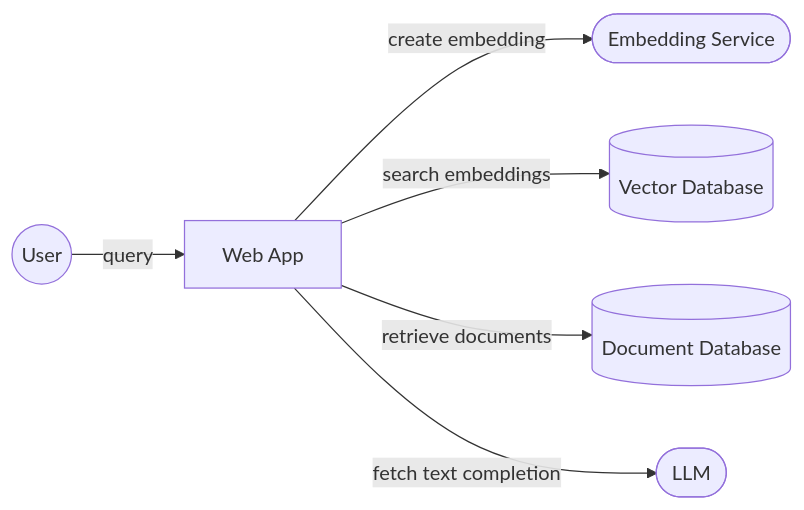
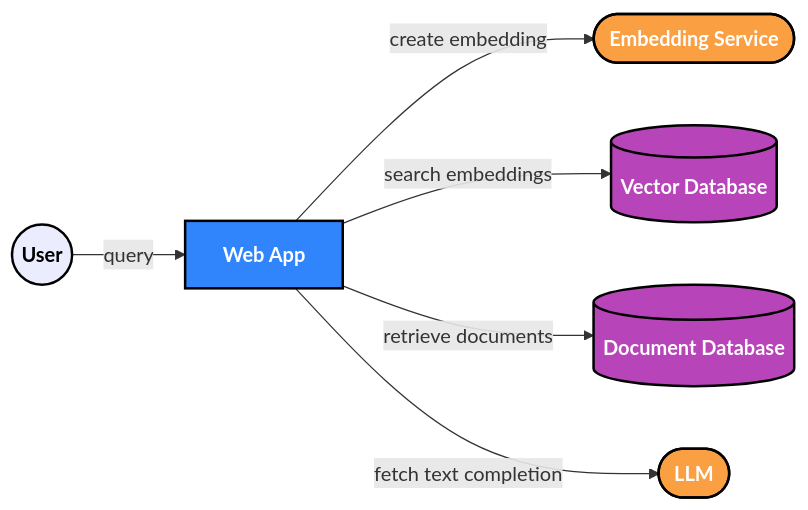
Before and after one commit to initialcapacity/news-analyzer: the third of 3 diagrams in README.md, drawn with Mermaid. The commit also changed other lines of this file, not shown here.

Commit message:
Color diagrams

````diff
--- a/README.md
+++ b/README.md
@@ -64,15 +86,26 @@
 ```mermaid
 flowchart LR
     embeddings([Embedding Service])
     user((User))
     app[Web App]
     vdb[(Vector Database)]
     db[(Document Database)]
     llm([LLM])
     
     user -- query --> app
     app -- create embedding --> embeddings
     app -- search embeddings --> vdb
     app -- retrieve documents --> db
     app -- fetch text completion --> llm
+
+    classDef node font-weight:bold,color:white,stroke:black,stroke-width:2px;
+    classDef app fill:#3185FC;
+    classDef db fill:#B744B8;
+    classDef external fill:#FA9F42;
+    classDef user color: black;
+
+    class app,collector,analyzer app;
+    class db,vdb db;
+    class docs,embeddings,llm external;
+    class user user;
 ```
````
